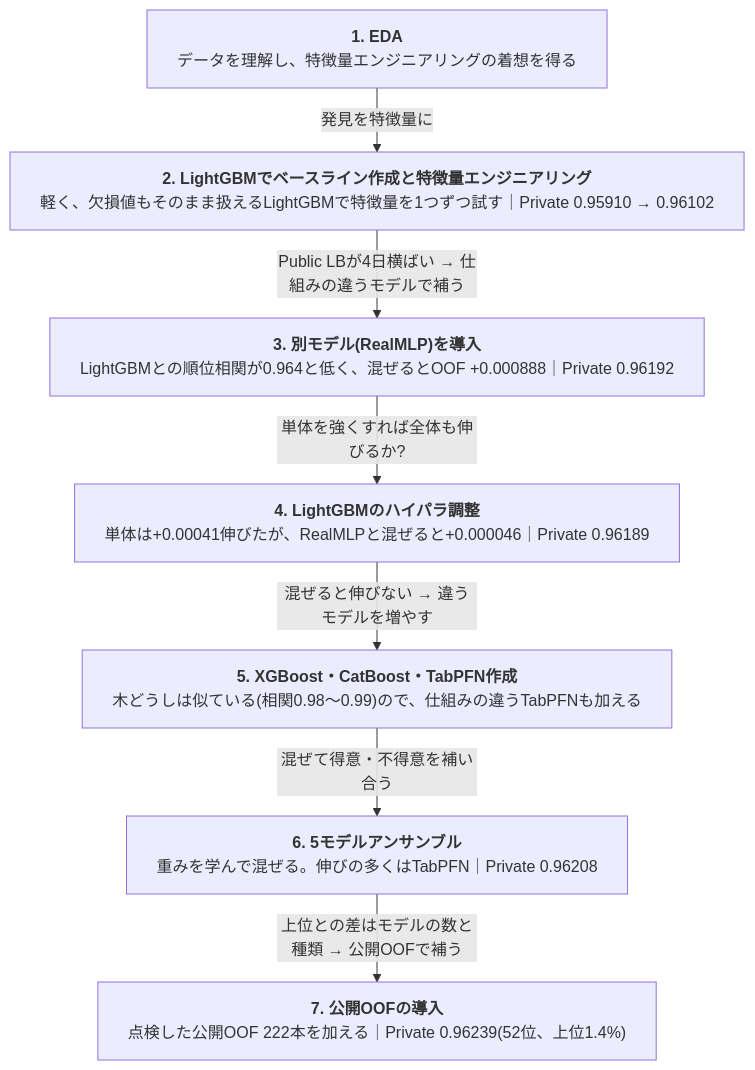
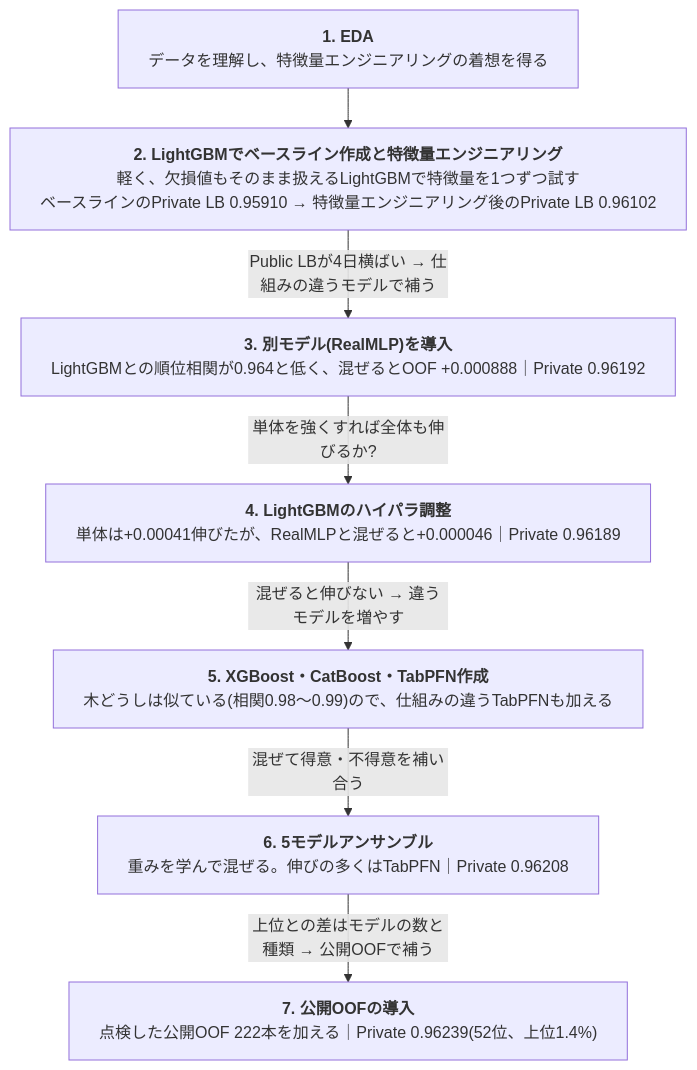
One commit to aramaki5443-art/kaggle-s6e10-airline-satisfaction changed the first of 3 diagrams in README.md. Above: the diagram before and after it, drawn with Mermaid.

Commit message:
README: フロー図の1→2のラベルを削除、2の箱のスコアの書き方を修正
Claude-Session: https://claude.ai/code/session_01W4XQw12fApd9PttvvKTwbS

````diff
--- a/README.md
+++ b/README.md
@@ -21,22 +21,22 @@
 ```mermaid
 ---
 config:
   flowchart:
     wrappingWidth: 800
     rankSpacing: 40
 ---
 flowchart TD
   S1["<b>1. EDA</b><br>データを理解し、特徴量エンジニアリングの着想を得る"]
-  S2["<b>2. LightGBMでベースライン作成と特徴量エンジニアリング</b><br>軽く、欠損値もそのまま扱えるLightGBMで特徴量を1つずつ試す｜Private 0.95910 → 0.96102"]
+  S2["<b>2. LightGBMでベースライン作成と特徴量エンジニアリング</b><br>軽く、欠損値もそのまま扱えるLightGBMで特徴量を1つずつ試す<br>ベースラインのPrivate LB 0.95910 → 特徴量エンジニアリング後のPrivate LB 0.96102"]
   S3["<b>3. 別モデル(RealMLP)を導入</b><br>LightGBMとの順位相関が0.964と低く、混ぜるとOOF +0.000888｜Private 0.96192"]
   S4["<b>4. LightGBMのハイパラ調整</b><br>単体は+0.00041伸びたが、RealMLPと混ぜると+0.000046｜Private 0.96189"]
   S5["<b>5. XGBoost・CatBoost・TabPFN作成</b><br>木どうしは似ている(相関0.98〜0.99)ので、仕組みの違うTabPFNも加える"]
   S6["<b>6. 5モデルアンサンブル</b><br>重みを学んで混ぜる。伸びの多くはTabPFN｜Private 0.96208"]
   S7["<b>7. 公開OOFの導入</b><br>点検した公開OOF 222本を加える｜Private 0.96239(52位、上位1.4%)"]
-  S1 -->|"発見を特徴量に"| S2
+  S1 --> S2
   S2 -->|"Public LBが4日横ばい → 仕組みの違うモデルで補う"| S3
   S3 -->|"単体を強くすれば全体も伸びるか?"| S4
   S4 -->|"混ぜると伸びない → 違うモデルを増やす"| S5
   S5 -->|"混ぜて得意・不得意を補い合う"| S6
   S6 -->|"上位との差はモデルの数と種類 → 公開OOFで補う"| S7
 ```
````
